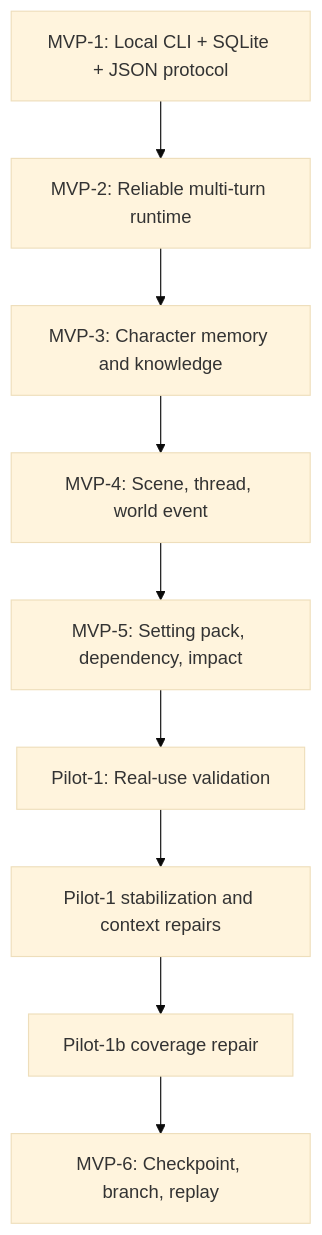
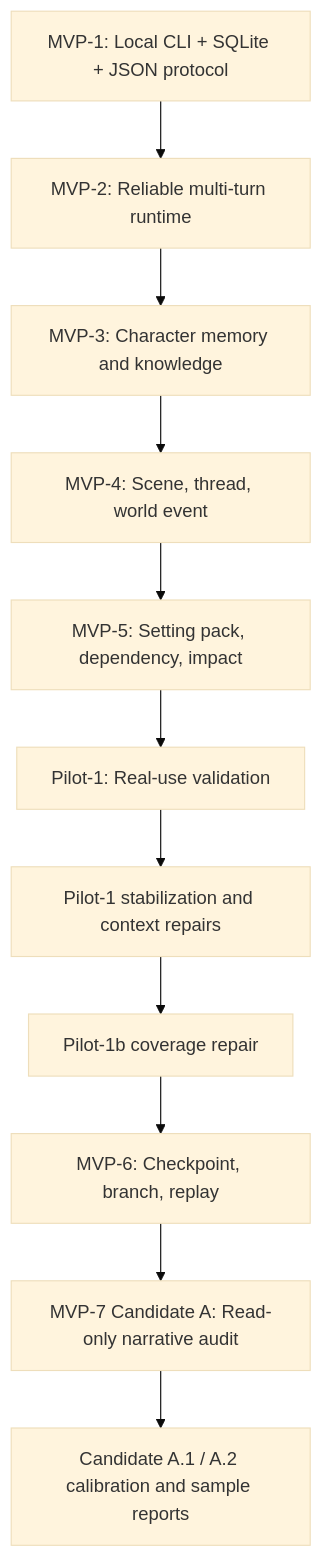
The second of 2 diagrams in docs/PROJECT_STRUCTURE_REPORT.md (z72124223/ai-novel-engine), drawn with Mermaid (base theme) before and after one commit. The commit also changed other lines of this file and 3 other files, not shown here.

````diff
--- a/docs/PROJECT_STRUCTURE_REPORT.md
+++ b/docs/PROJECT_STRUCTURE_REPORT.md
@@ -102,11 +113,13 @@
 ```mermaid
 flowchart TD
   M1["MVP-1: Local CLI + SQLite + JSON protocol"] --> M2["MVP-2: Reliable multi-turn runtime"]
   M2 --> M3["MVP-3: Character memory and knowledge"]
   M3 --> M4["MVP-4: Scene, thread, world event"]
   M4 --> M5["MVP-5: Setting pack, dependency, impact"]
   M5 --> P1["Pilot-1: Real-use validation"]
   P1 --> P1S["Pilot-1 stabilization and context repairs"]
   P1S --> P1B["Pilot-1b coverage repair"]
   P1B --> M6["MVP-6: Checkpoint, branch, replay"]
+  M6 --> M7A["MVP-7 Candidate A: Read-only narrative audit"]
+  M7A --> M7A2["Candidate A.1 / A.2 calibration and sample reports"]
 ```
````
